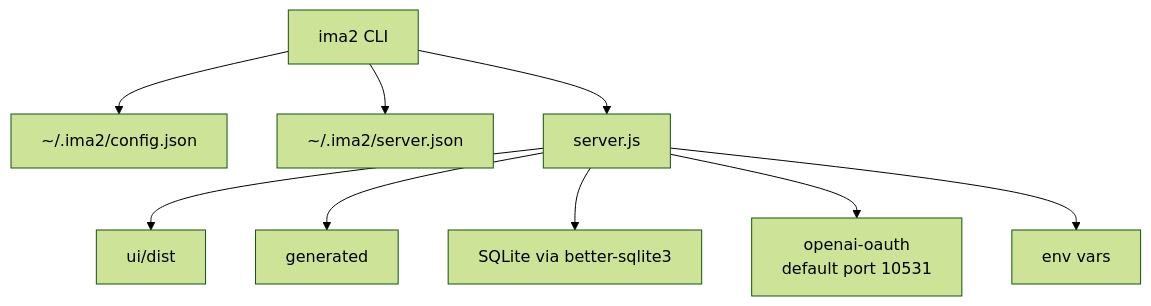
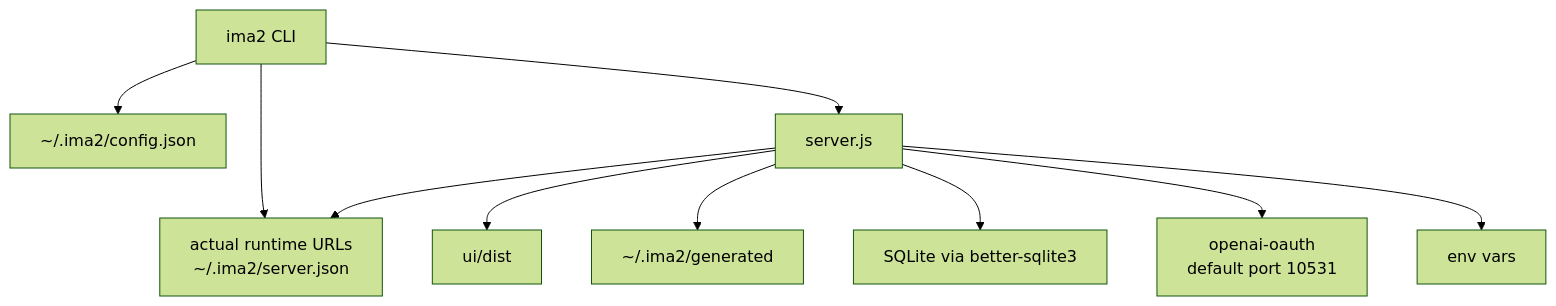
The diagram in structure/06-infra-operations.md (ChatPoongKun/ima2-gen), drawn with Mermaid (forest theme) before and after one commit. The commit also changed other lines of this file and 8 other files, not shown here.

````diff
--- a/structure/06-infra-operations.md
+++ b/structure/06-infra-operations.md
@@ -19,11 +19,12 @@
 ```mermaid
 graph TD
     CLI["ima2 CLI"] --> CFG["~/.ima2/config.json"]
     CLI --> ADV["~/.ima2/server.json"]
     CLI --> SRV["server.js"]
     SRV --> DIST["ui/dist"]
-    SRV --> GEN["generated"]
+    SRV --> GEN["~/.ima2/generated"]
     SRV --> DB["SQLite via better-sqlite3"]
     SRV --> OAUTH["openai-oauth<br/>default port 10531"]
     SRV --> ENV["env vars"]
+    SRV --> ADV["actual runtime URLs<br/>~/.ima2/server.json"]
 ```
````
